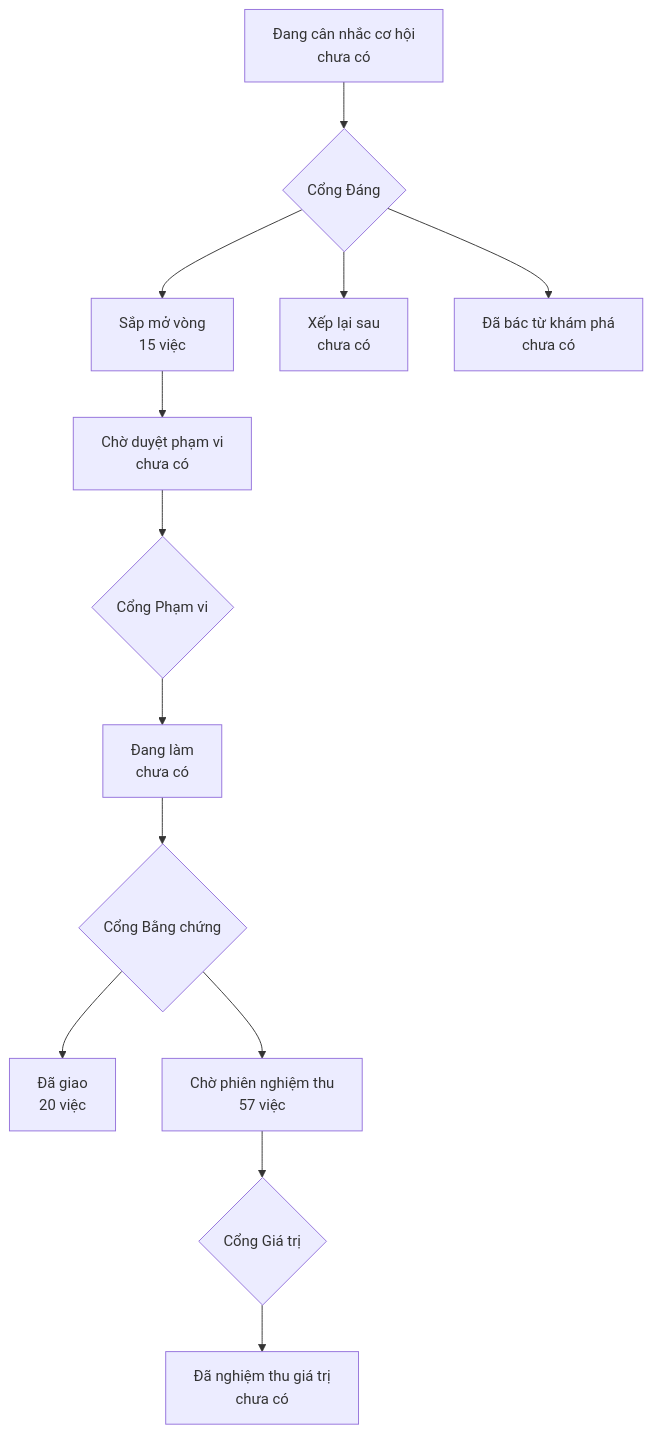
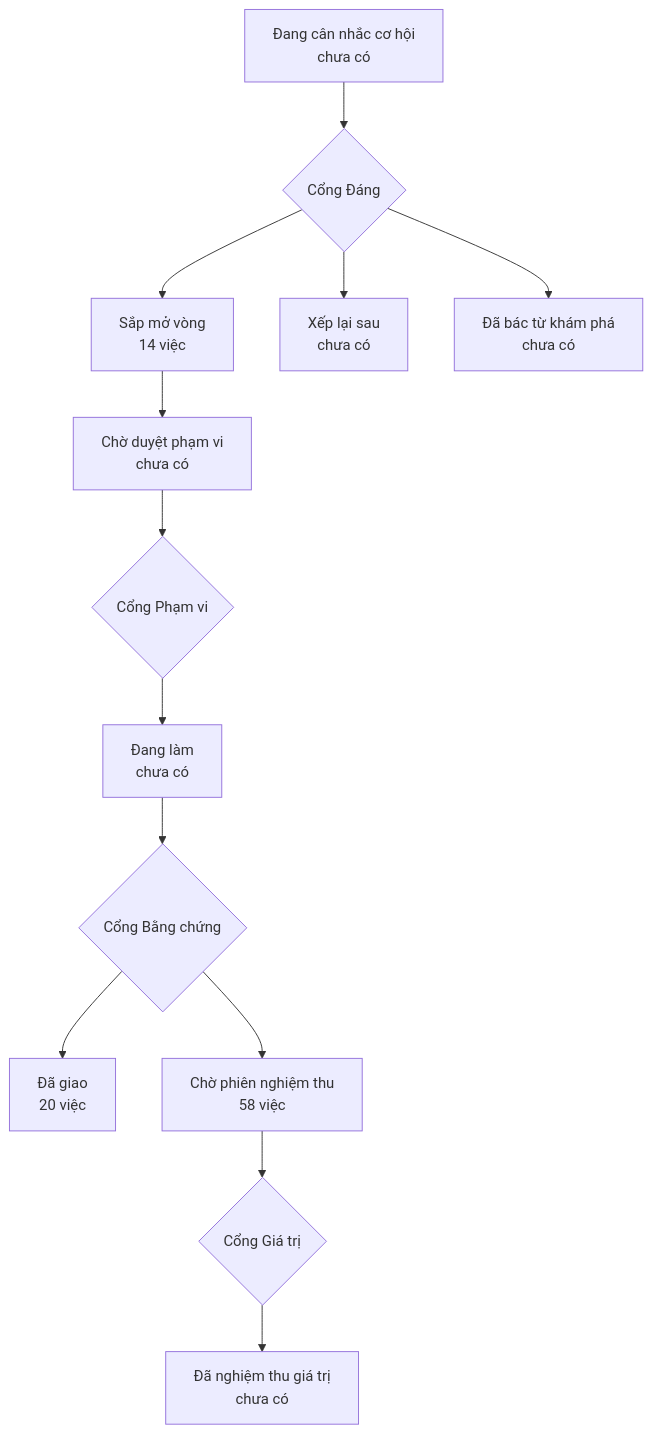
One commit to phanlemanh/onehub-quy-hang changed the diagram in PRODUCT-MAP.md. Above: the diagram before and after it, drawn with Mermaid. The commit also changed 1 other file, not shown here.

Commit message:
chore: vẽ lại bản đồ và lộ trình sau gộp nhánh chính

````diff
--- a/PRODUCT-MAP.md
+++ b/PRODUCT-MAP.md
@@ -7,12 +7,12 @@
 ```mermaid
 flowchart TD
   A["Đang cân nhắc cơ hội<br/>chưa có"] --> GD{"Cổng Đáng"}
-  GD --> B["Sắp mở vòng<br/>15 việc"]
+  GD --> B["Sắp mở vòng<br/>14 việc"]
   GD --> XL["Xếp lại sau<br/>chưa có"]
   GD --> DB["Đã bác từ khám phá<br/>chưa có"]
   B --> CD["Chờ duyệt phạm vi<br/>chưa có"] --> GP{"Cổng Phạm vi"}
   GP --> DL["Đang làm<br/>chưa có"] --> GB{"Cổng Bằng chứng"}
   GB --> DG["Đã giao<br/>20 việc"]
-  GB --> CN["Chờ phiên nghiệm thu<br/>57 việc"] --> GG{"Cổng Giá trị"}
+  GB --> CN["Chờ phiên nghiệm thu<br/>58 việc"] --> GG{"Cổng Giá trị"}
   GG --> NT["Đã nghiệm thu giá trị<br/>chưa có"]
 ```
````
